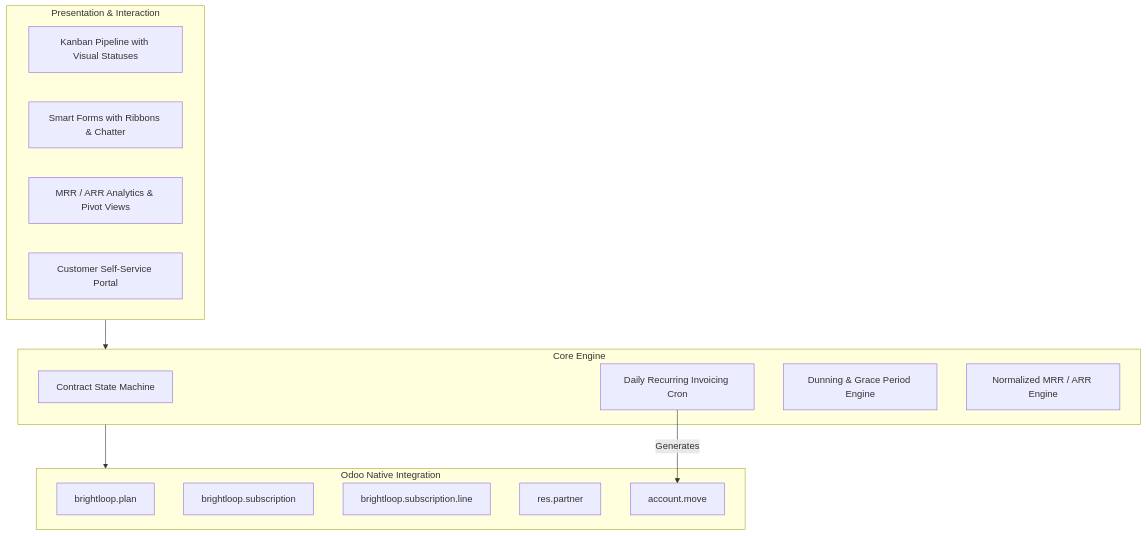
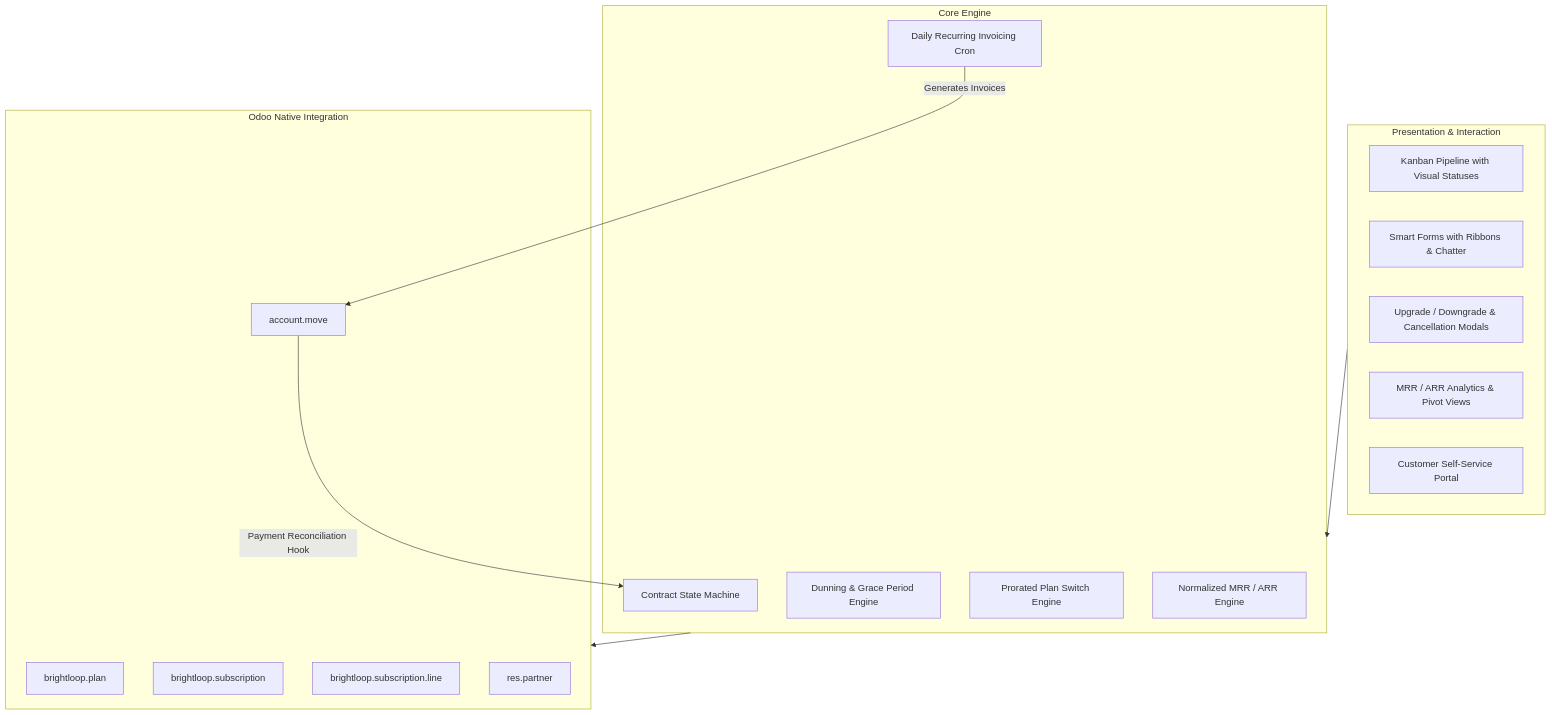
One commit to Mahadharani3003/Subscription_Management_System changed the diagram in README.md. Above: the diagram before and after it, drawn with Mermaid. The commit also changed other lines of this file and 2 other files, not shown here.

````diff
--- a/README.md
+++ b/README.md
@@ -28,28 +30,31 @@
 ```mermaid
 flowchart TD
     subgraph UI_Layer [Presentation & Interaction]
         Kanban[Kanban Pipeline with Visual Statuses]
         Forms[Smart Forms with Ribbons & Chatter]
+        Wizards[Upgrade / Downgrade & Cancellation Modals]
         Pivot[MRR / ARR Analytics & Pivot Views]
         Portal[Customer Self-Service Portal]
     end
 
     subgraph Business_Engine [Core Engine]
         StateMachine[Contract State Machine]
         BillingCron[Daily Recurring Invoicing Cron]
         Dunning[Dunning & Grace Period Engine]
+        Proration[Prorated Plan Switch Engine]
         MRR[Normalized MRR / ARR Engine]
     end
 
     subgraph Native_Odoo [Odoo Native Integration]
         Plan[brightloop.plan]
         Sub[brightloop.subscription]
         Lines[brightloop.subscription.line]
         Partner[res.partner <Extended>]
         AccountMove[account.move <Native Invoices>]
     end
 
     UI_Layer --> Business_Engine
     Business_Engine --> Native_Odoo
-    BillingCron -->|Generates| AccountMove
+    BillingCron -->|Generates Invoices| AccountMove
+    AccountMove -->|Payment Reconciliation Hook| StateMachine
 ```
````
